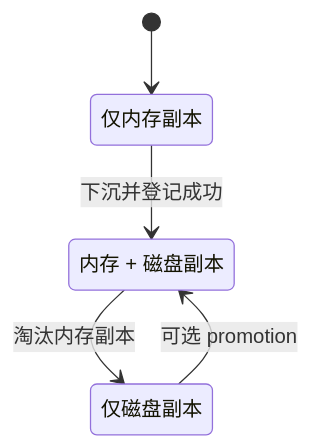
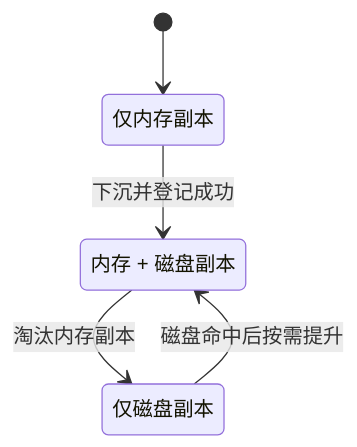
The first of 2 diagrams in mooncake-kv-cache-series/wechat/10-ssd-tiering.md (Hansyangxingxiang/Mooncake), drawn with Mermaid before and after one commit. The commit also changed other lines of this file and 6 other files, not shown here.

Commit message:
[Docs] Correct lease timeline and SSD offload figures

````diff
--- a/mooncake-kv-cache-series/wechat/10-ssd-tiering.md
+++ b/mooncake-kv-cache-series/wechat/10-ssd-tiering.md
@@ -25,10 +25,10 @@
 ```mermaid
 stateDiagram-v2
     state "仅内存副本" as S1
     state "内存 + 磁盘副本" as S2
     state "仅磁盘副本" as S3
     [*] --> S1
     S1 --> S2: 下沉并登记成功
     S2 --> S3: 淘汰内存副本
-    S3 --> S2: 可选 promotion
+    S3 --> S2: 磁盘命中后按需提升
 ```
````
